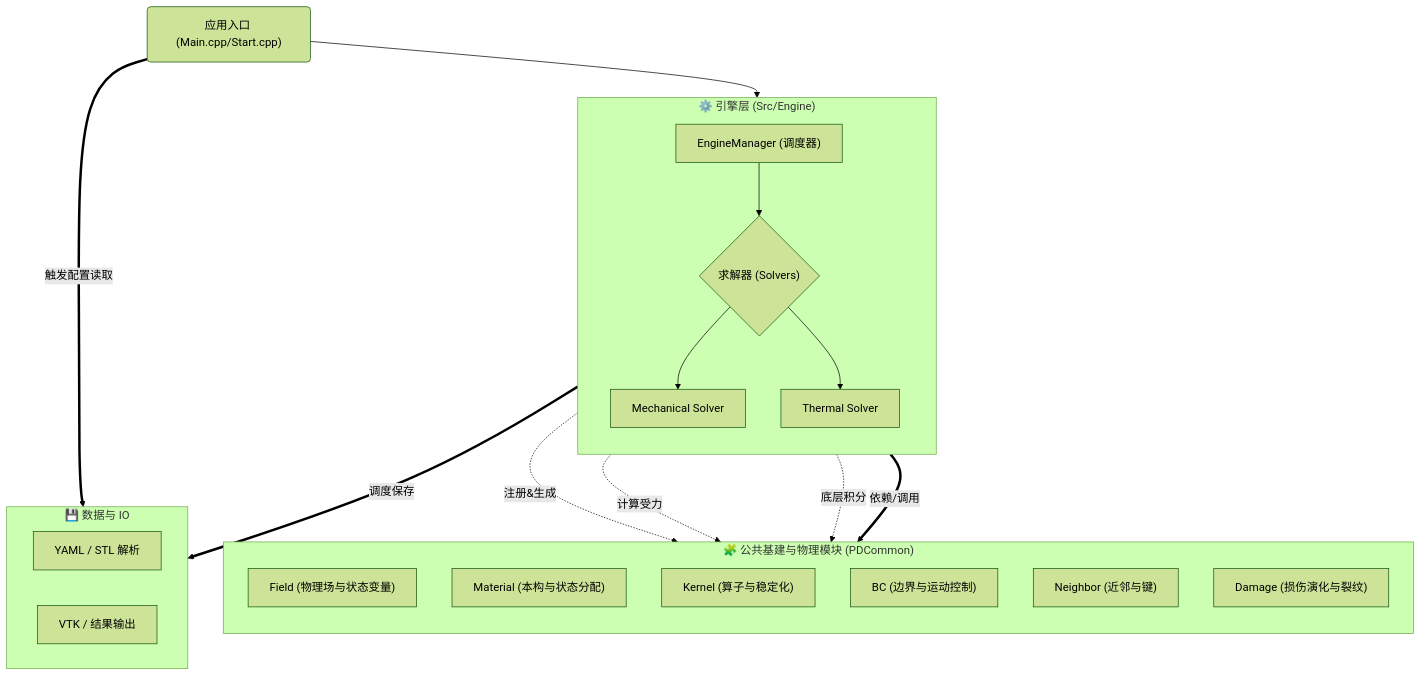
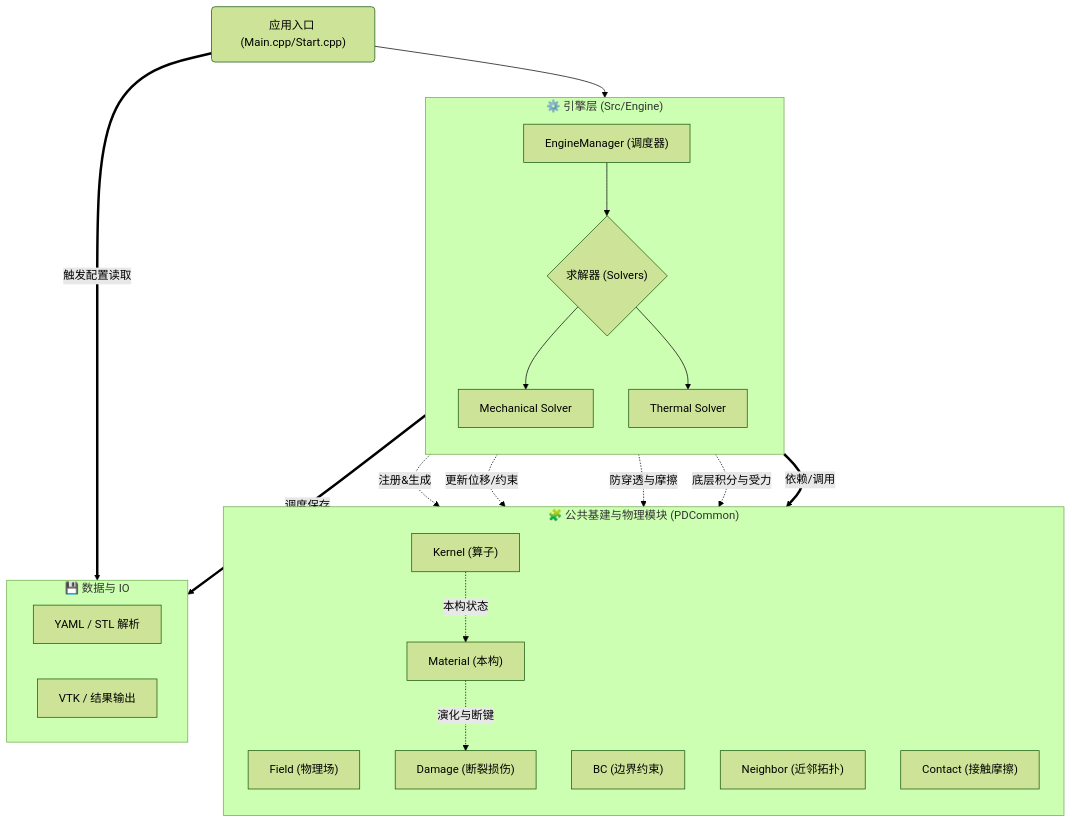
Before and after one commit to Huckleberry-F/GRPD: the first of 3 diagrams in README.md, drawn with Mermaid (forest theme). The commit also changed other lines of this file and 6 other files, not shown here.

First line of the commit message:
docs: Comprehensive architecture docs upgrade and NTS contact stabilization

````diff
--- a/README.md
+++ b/README.md
@@ -95,41 +101,45 @@
 ```mermaid
 graph TD
     Main("应用入口 (Main.cpp/Start.cpp)")
     Main --> EngineSys
 
     subgraph EngineSys ["⚙️ 引擎层 (Src/Engine)"]
         direction TB
         EM["EngineManager (调度器)"]
         Solvers{"求解器 (Solvers)"}
         Mech["Mechanical Solver"]
         Therm["Thermal Solver"]
 
         EM --> Solvers
         Solvers --> Mech
         Solvers --> Therm
     end
 
     subgraph PDCommon ["🧩 公共基建与物理模块 (PDCommon)"]
         direction TB
-        FM["Field (物理场与状态变量)"]
-        Mat["Material (本构与状态分配)"]
-        Kernel["Kernel (算子与稳定化)"]
-        BC["BC (边界与运动控制)"]
-        Neighbors["Neighbor (近邻与键)"]
-        Damage["Damage (损伤演化与裂纹)"]
+        FM["Field (物理场)"]
+        Mat["Material (本构)"]
+        Kernel["Kernel (算子)"]
+        BC["BC (边界约束)"]
+        Neighbors["Neighbor (近邻拓扑)"]
+        Damage["Damage (断裂损伤)"]
+        Contact["Contact (接触摩擦)"]
     end
 
     subgraph IOLayer ["💾 数据与 IO"]
         direction LR
         IOIn["YAML / STL 解析"]
         IOOut["VTK / 结果输出"]
     end
 
     %% 连接关系
     EngineSys ==>|依赖/调用| PDCommon
     Main ==>|触发配置读取| IOIn
     EM ==>|调度保存| IOOut
     Solvers -.->|注册&生成| FM
-    Solvers -.->|计算受力| Mat
-    Solvers -.->|底层积分| Kernel
+    Solvers -.->|更新位移/约束| BC
+    Solvers -.->|防穿透与摩擦| Contact
+    Solvers -.->|底层积分与受力| Kernel
+    Kernel -.->|本构状态| Mat
+    Mat -.->|演化与断键| Damage
 ```
````
